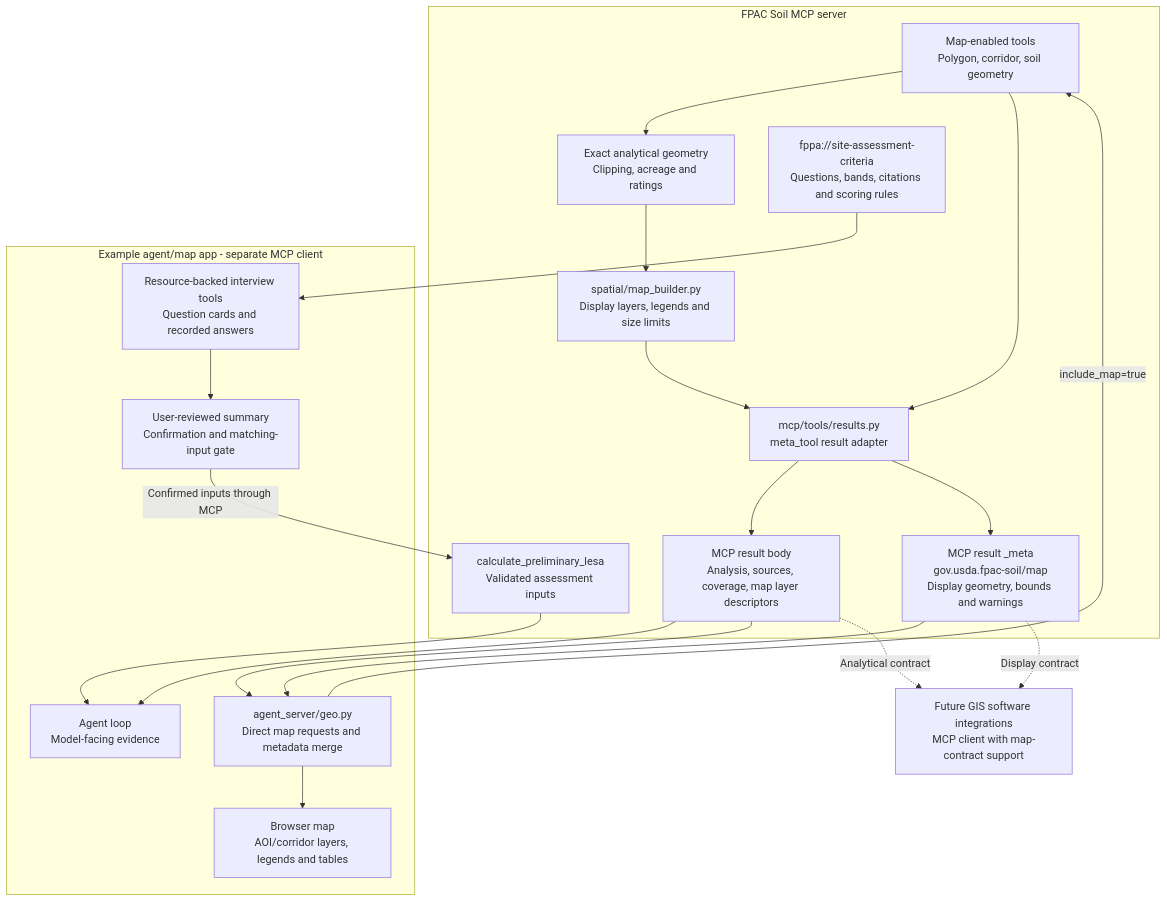
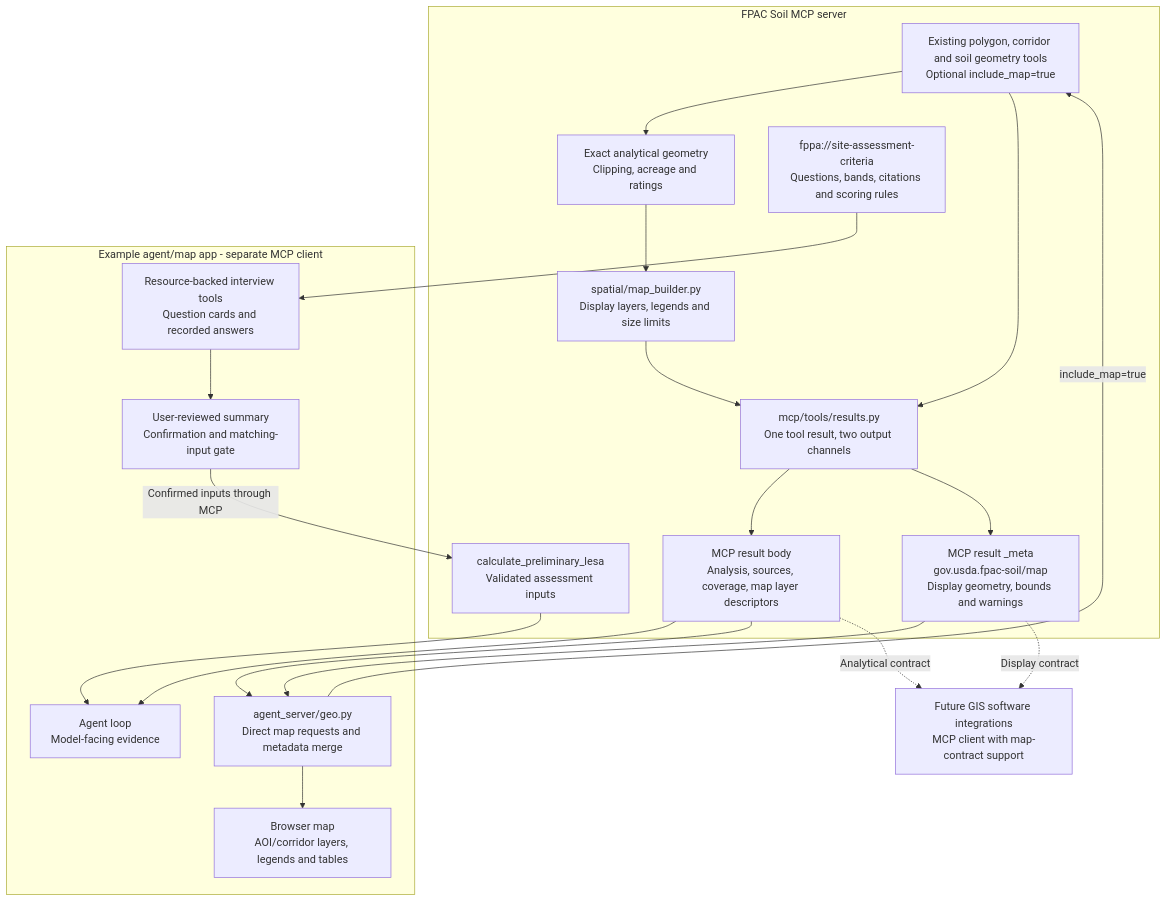
One commit to AndrewBrown-USDA/fpac-soil-mcp changed the second of 2 diagrams in docs/architecture.md. Above: the diagram before and after it, drawn with Mermaid. The commit also changed 1 other file, not shown here.

Commit message:
docs: clarify _meta output channel

````diff
--- a/docs/architecture.md
+++ b/docs/architecture.md
@@ -72,39 +72,39 @@
 ```mermaid
 flowchart TB
     subgraph SERVER["FPAC Soil MCP server"]
-        TOOLS["Map-enabled tools<br/>Polygon, corridor, soil geometry"]
+        TOOLS["Existing polygon, corridor and soil geometry tools<br/>Optional include_map=true"]
         EXACT["Exact analytical geometry<br/>Clipping, acreage and ratings"]
         BUILD["spatial/map_builder.py<br/>Display layers, legends and size limits"]
-        WRAP["mcp/tools/results.py<br/>meta_tool result adapter"]
+        WRAP["mcp/tools/results.py<br/>One tool result, two output channels"]
         BODY["MCP result body<br/>Analysis, sources, coverage, map layer descriptors"]
         META["MCP result _meta<br/>gov.usda.fpac-soil/map<br/>Display geometry, bounds and warnings"]
         CRITERIA["fppa://site-assessment-criteria<br/>Questions, bands, citations and scoring rules"]
         CALC["calculate_preliminary_lesa<br/>Validated assessment inputs"]
     end
 
     subgraph APP["Example agent/map app - separate MCP client"]
         CHAT["Agent loop<br/>Model-facing evidence"]
         MAPAPI["agent_server/geo.py<br/>Direct map requests and metadata merge"]
         MAPUI["Browser map<br/>AOI/corridor layers, legends and tables"]
         INTERVIEW["Resource-backed interview tools<br/>Question cards and recorded answers"]
         REVIEW["User-reviewed summary<br/>Confirmation and matching-input gate"]
     end
 
     GIS["Future GIS software integrations<br/>MCP client with map-contract support"]
 
     TOOLS --> EXACT
     EXACT --> BUILD
     TOOLS --> WRAP
     BUILD --> WRAP
     WRAP --> BODY & META
     BODY --> CHAT
     MAPAPI -->|"include_map=true"| TOOLS
     BODY & META --> MAPAPI
     MAPAPI --> MAPUI
     CRITERIA --> INTERVIEW
     INTERVIEW --> REVIEW
     REVIEW -->|"Confirmed inputs through MCP"| CALC
     CALC --> CHAT
     BODY -.->|"Analytical contract"| GIS
     META -.->|"Display contract"| GIS
 ```
````
